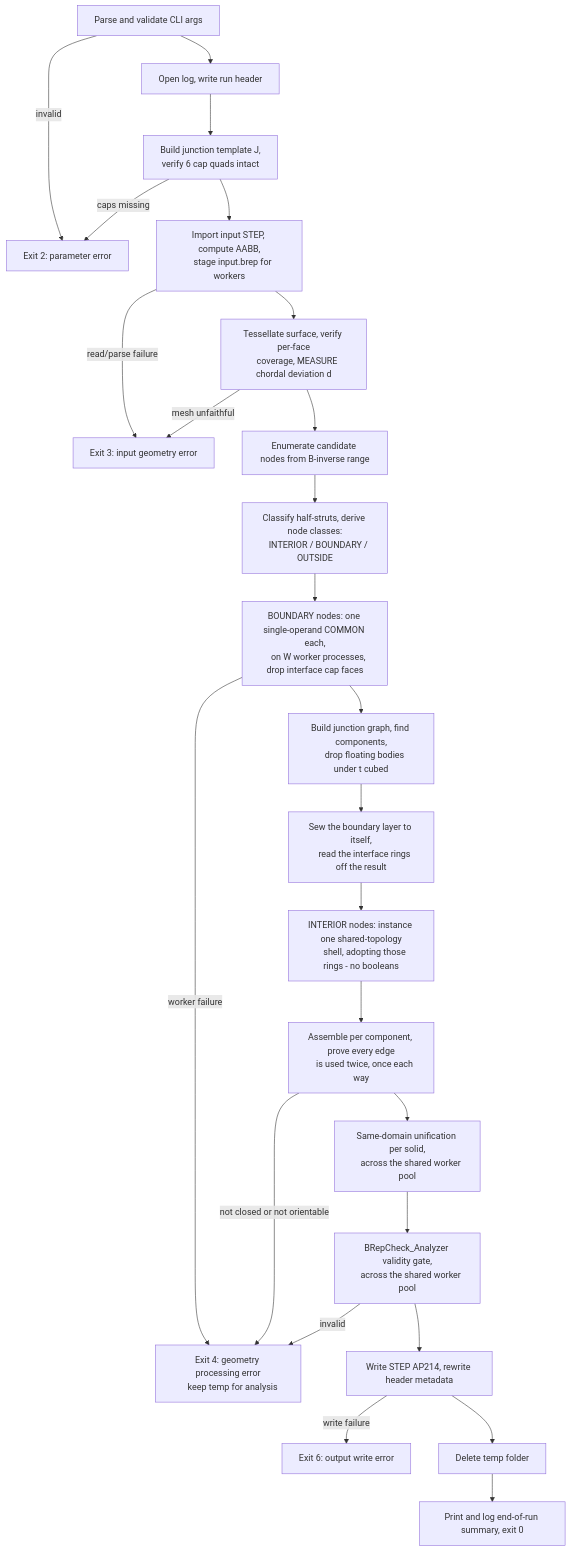
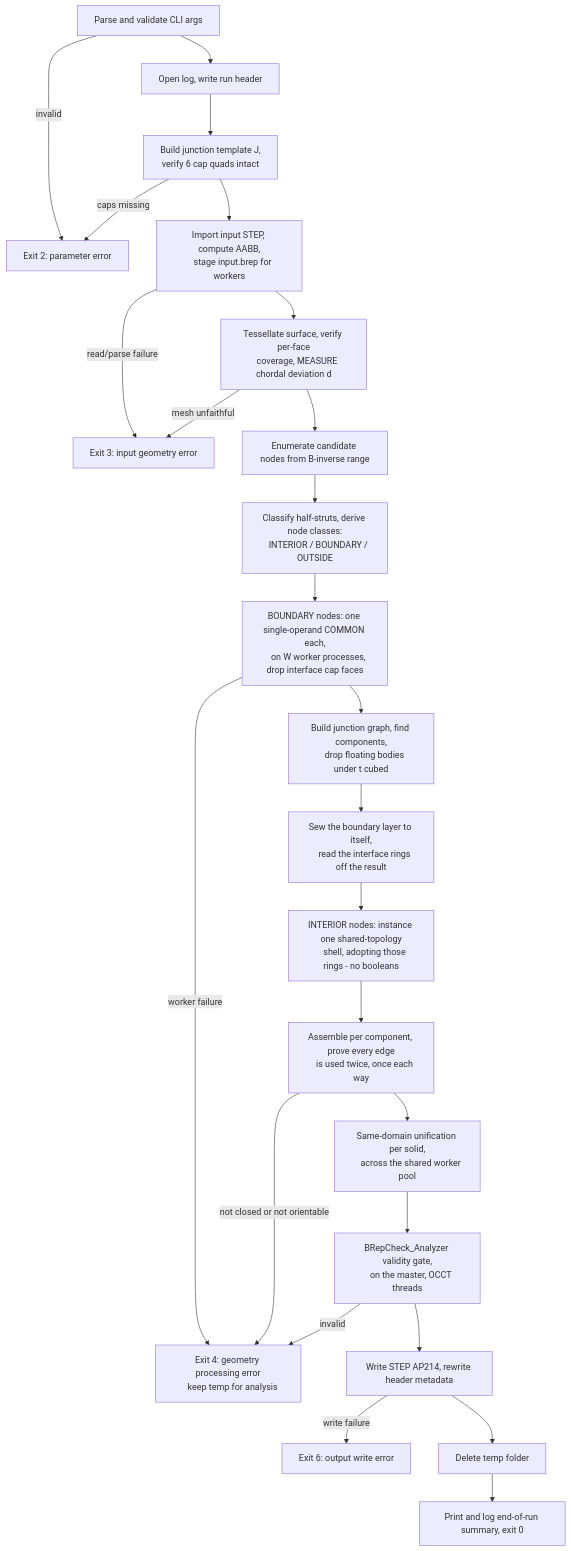
The first of 2 diagrams in docs/algorithm.md (arnego/latticegen2), drawn with Mermaid before and after one commit. The commit also changed other lines of this file and 13 other files, not shown here.

````diff
--- a/docs/algorithm.md
+++ b/docs/algorithm.md
@@ -198,39 +198,39 @@
 ```mermaid
 flowchart TD
     A[Parse and validate CLI args] -->|invalid| E1[Exit 2: parameter error]
     A --> B[Open log, write run header]
     B --> C[Build junction template J,
     verify 6 cap quads intact]
     C -->|caps missing| E1
     C --> D[Import input STEP, compute AABB,
     stage input.brep for workers]
     D -->|read/parse failure| E2[Exit 3: input geometry error]
     D --> F[Tessellate surface, verify per-face
     coverage, MEASURE chordal deviation d]
     F -->|mesh unfaithful| E2
     F --> G[Enumerate candidate nodes from B-inverse range]
     G --> H[Classify half-struts, derive node classes:
     INTERIOR / BOUNDARY / OUTSIDE]
     H --> I[BOUNDARY nodes: one single-operand COMMON each,
     on W worker processes, drop interface cap faces]
     I -->|worker failure| E3[Exit 4: geometry processing error
     keep temp for analysis]
     I --> J[Build junction graph, find components,
     drop floating bodies under t cubed]
     J --> K[Sew the boundary layer to itself,
     read the interface rings off the result]
     K --> L[INTERIOR nodes: instance one shared-topology
     shell, adopting those rings - no booleans]
     L --> M0[Assemble per component, prove every edge
     is used twice, once each way]
     M0 -->|not closed or not orientable| E3
     M0 --> S[Same-domain unification per solid,
     across the shared worker pool]
     S --> M[BRepCheck_Analyzer validity gate,
-    across the shared worker pool]
+    on the master, OCCT threads]
     M -->|invalid| E3
     M --> N[Write STEP AP214, rewrite header metadata]
     N -->|write failure| E4[Exit 6: output write error]
     N --> P[Delete temp folder]
     P --> Q[Print and log end-of-run summary, exit 0]
 ```
````
